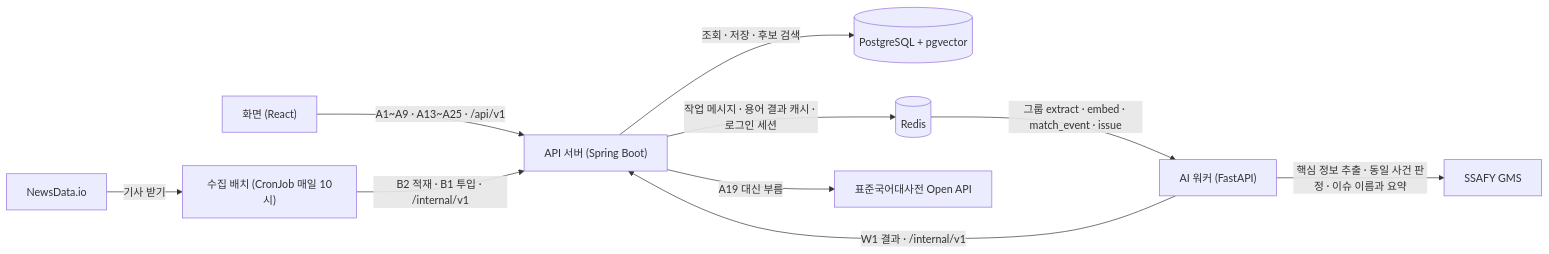
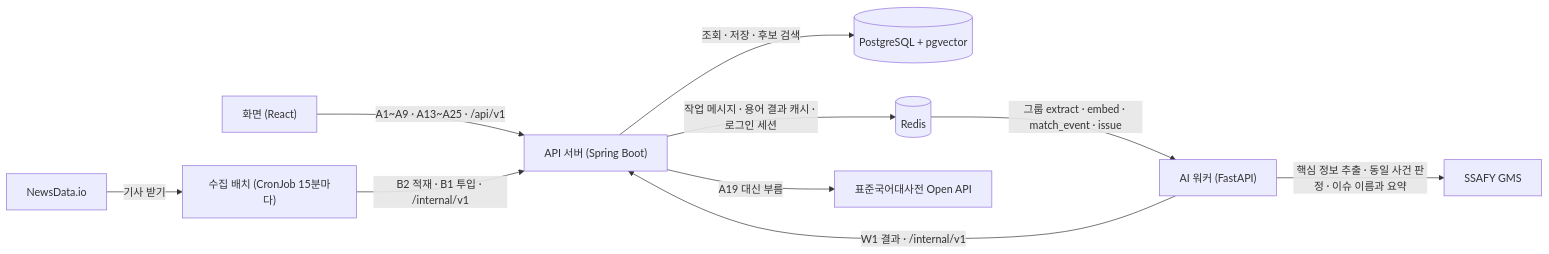
The first of 5 diagrams in docs/api.md (a102-NEWLEARN/NEW-LEARN), drawn with Mermaid before and after one commit. The commit also changed 11 other files, not shown here.

````diff
--- a/docs/api.md
+++ b/docs/api.md
@@ -23,12 +23,12 @@
 ```mermaid
 flowchart LR
   FE["화면 (React)"] -- "A1~A9 · A13~A25 · /api/v1" --> API["API 서버 (Spring Boot)"]
-  N["NewsData.io"] -- "기사 받기" --> B["수집 배치 (CronJob 매일 10시)"]
+  N["NewsData.io"] -- "기사 받기" --> B["수집 배치 (CronJob 15분마다)"]
   B -- "B2 적재 · B1 투입 · /internal/v1" --> API
   API -- "조회 · 저장 · 후보 검색" --> DB[("PostgreSQL + pgvector")]
   API -- "작업 메시지 · 용어 결과 캐시 · 로그인 세션" --> R[("Redis")]
   R -- "그룹 extract · embed · match_event · issue" --> W["AI 워커 (FastAPI)"]
   W -- "W1 결과 · /internal/v1" --> API
   W -- "핵심 정보 추출 · 동일 사건 판정 · 이슈 이름과 요약" --> G["SSAFY GMS"]
   API -- "A19 대신 부름" --> D["표준국어대사전 Open API"]
 ```
````
